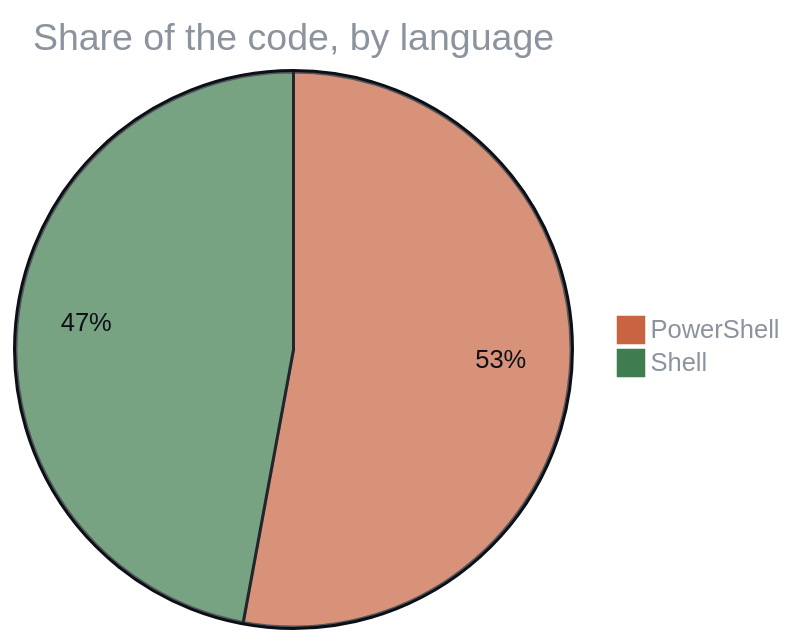
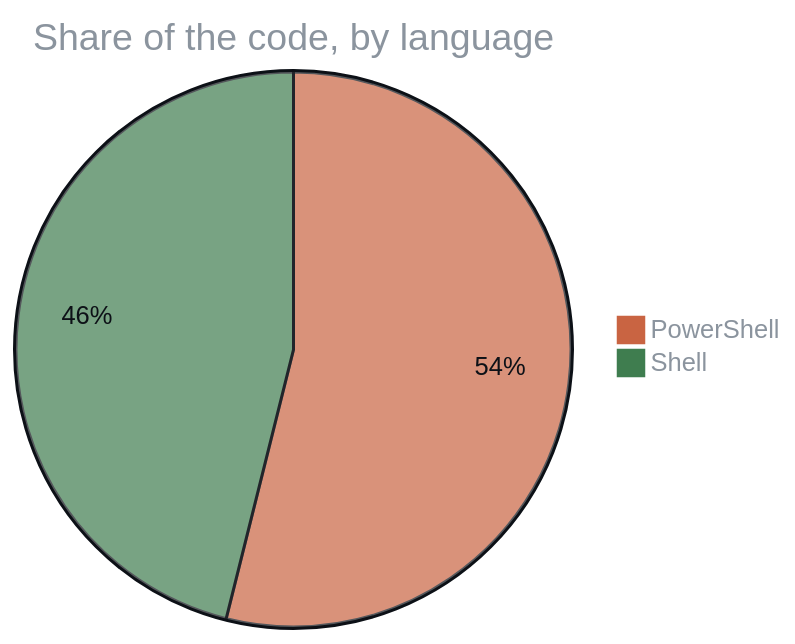
One commit to F0rger123/claude-business-god-mode changed the third of 3 diagrams in README.md. Above: the diagram before and after it, drawn with Mermaid. The commit also changed other lines of this file and 1 other file, not shown here.

````diff
--- a/README.md
+++ b/README.md
@@ -128,6 +128,6 @@
 ```mermaid
 %%{init: {'theme':'base','themeVariables':{'pie1':'#c96442','pie2':'#3f7d4f','pie3':'#64748b','pie4':'#94a3b8','pie5':'#475569','pie6':'#cbd5e1','pie7':'#334155','pieStrokeColor':'#0d1117','pieOuterStrokeColor':'#0d1117','pieTitleTextColor':'#8b949e','pieLegendTextColor':'#8b949e','pieSectionTextColor':'#0d1117'}}}%%
 pie title Share of the code, by language
-    "PowerShell" : 52.9
-    "Shell" : 47.1
+    "PowerShell" : 53.9
+    "Shell" : 46.1
 ```
````
